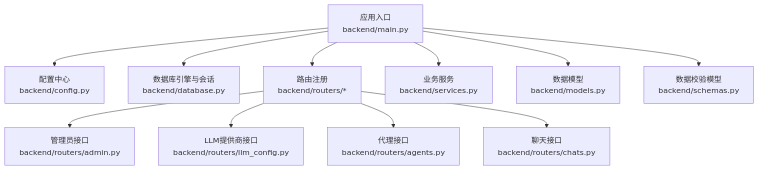
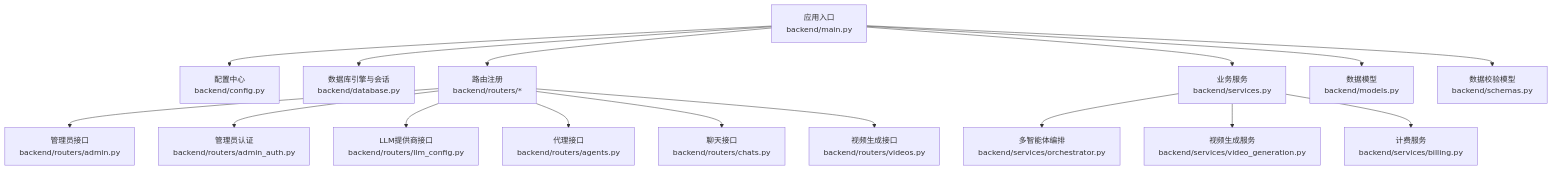
Before and after one commit to KunLabAI/KunFlix: the first of 11 diagrams in .qoder/repowiki/zh/content/后台管理系统/后台管理系统.md, drawn with Mermaid. The commit also changed other lines of this file and 25 other files, not shown here.

First line of the commit message:
feat(admin-auth): 新增管理员认证模块及登录界面优化

````diff
--- a/.qoder/repowiki/zh/content/后台管理系统/后台管理系统.md
+++ b/.qoder/repowiki/zh/content/后台管理系统/后台管理系统.md
@@ -47,13 +97,18 @@
 ```mermaid
 graph TB
 A["应用入口<br/>backend/main.py"] --> B["配置中心<br/>backend/config.py"]
 A --> C["数据库引擎与会话<br/>backend/database.py"]
 A --> D["路由注册<br/>backend/routers/*"]
 D --> D1["管理员接口<br/>backend/routers/admin.py"]
-D --> D2["LLM提供商接口<br/>backend/routers/llm_config.py"]
-D --> D3["代理接口<br/>backend/routers/agents.py"]
-D --> D4["聊天接口<br/>backend/routers/chats.py"]
+D --> D2["管理员认证<br/>backend/routers/admin_auth.py"]
+D --> D3["LLM提供商接口<br/>backend/routers/llm_config.py"]
+D --> D4["代理接口<br/>backend/routers/agents.py"]
+D --> D5["聊天接口<br/>backend/routers/chats.py"]
+D --> D6["视频生成接口<br/>backend/routers/videos.py"]
 A --> E["业务服务<br/>backend/services.py"]
+E --> E1["多智能体编排<br/>backend/services/orchestrator.py"]
+E --> E2["视频生成服务<br/>backend/services/video_generation.py"]
+E --> E3["计费服务<br/>backend/services/billing.py"]
 A --> F["数据模型<br/>backend/models.py"]
 A --> G["数据校验模型<br/>backend/schemas.py"]
 ```
````
